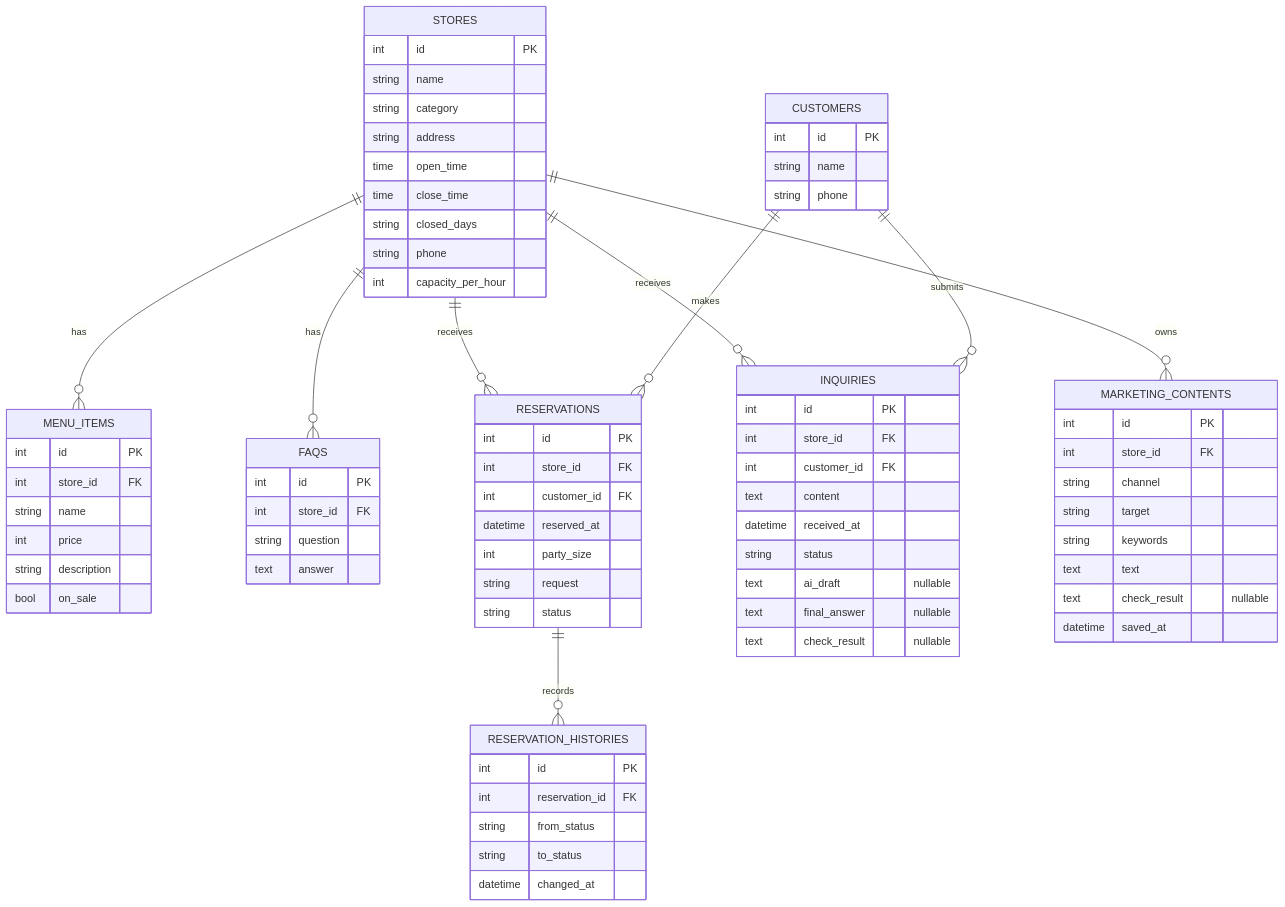
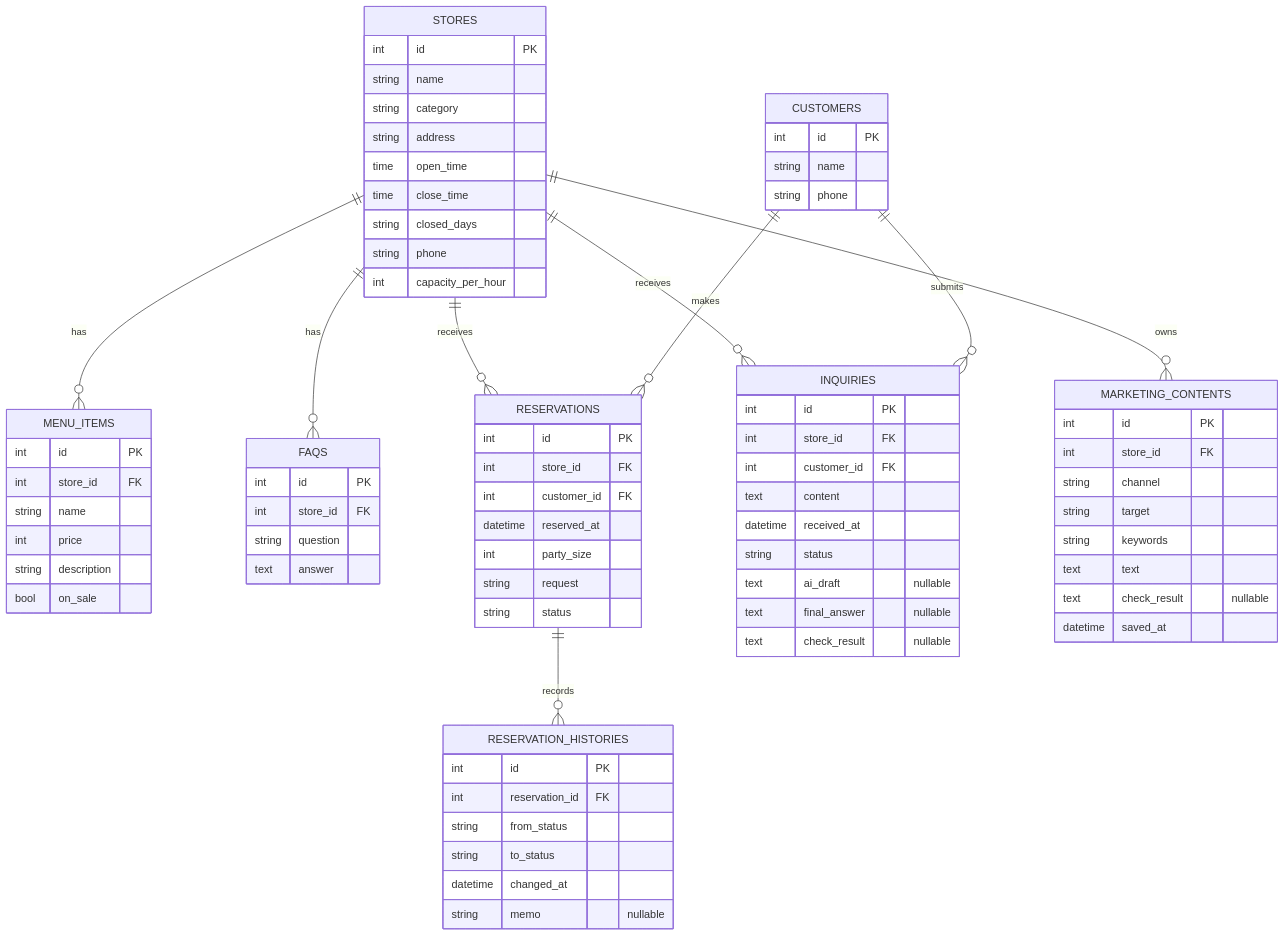
One commit to sakakinji-maker/sw_make changed the diagram in docs/design/erd.md. Above: the diagram before and after it, drawn with Mermaid. The commit also changed other lines of this file and 20 other files, not shown here.

````diff
--- a/docs/design/erd.md
+++ b/docs/design/erd.md
@@ -18,78 +19,79 @@
 ```mermaid
 erDiagram
     STORES ||--o{ MENU_ITEMS : has
     STORES ||--o{ FAQS : has
     STORES ||--o{ RESERVATIONS : receives
     STORES ||--o{ INQUIRIES : receives
     STORES ||--o{ MARKETING_CONTENTS : owns
     CUSTOMERS ||--o{ RESERVATIONS : makes
     CUSTOMERS ||--o{ INQUIRIES : submits
     RESERVATIONS ||--o{ RESERVATION_HISTORIES : records
     STORES {
         int id PK
         string name
         string category
         string address
         time open_time
         time close_time
         string closed_days
         string phone
         int capacity_per_hour
     }
     MENU_ITEMS {
         int id PK
         int store_id FK
         string name
         int price
         string description
         bool on_sale
     }
     FAQS {
         int id PK
         int store_id FK
         string question
         text answer
     }
     CUSTOMERS {
         int id PK
         string name
         string phone
     }
     RESERVATIONS {
         int id PK
         int store_id FK
         int customer_id FK
         datetime reserved_at
         int party_size
         string request
         string status
     }
     RESERVATION_HISTORIES {
         int id PK
         int reservation_id FK
         string from_status
         string to_status
         datetime changed_at
+        string memo "nullable"
     }
     INQUIRIES {
         int id PK
         int store_id FK
         int customer_id FK
         text content
         datetime received_at
         string status
         text ai_draft "nullable"
         text final_answer "nullable"
         text check_result "nullable"
     }
     MARKETING_CONTENTS {
         int id PK
         int store_id FK
         string channel
         string target
         string keywords
         text text
         text check_result "nullable"
         datetime saved_at
     }
 ```
````
